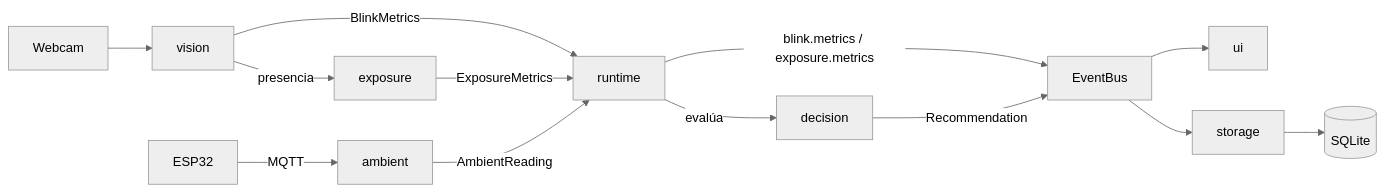
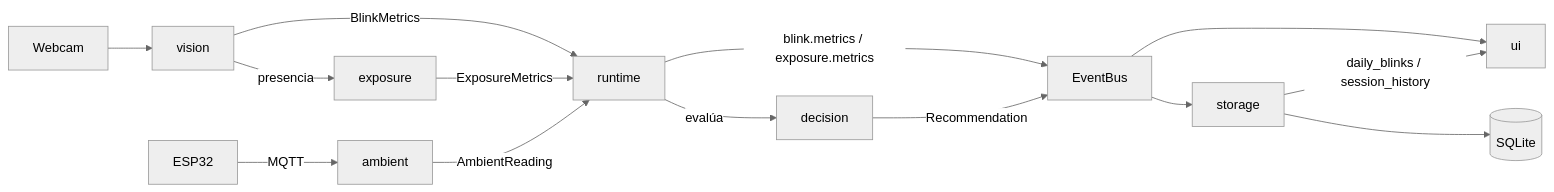
One commit to JeidyMurillo/Blinky changed the diagram in docs/architecture.md. Above: the diagram before and after it, drawn with Mermaid (neutral theme). The commit also changed other lines of this file and 1 other file, not shown here.

````diff
--- a/docs/architecture.md
+++ b/docs/architecture.md
@@ -5,15 +5,16 @@
 ```mermaid
 flowchart LR
     CAM[Webcam] --> VIS[vision]
     VIS -->|BlinkMetrics| RT[runtime]
     VIS -->|presencia| EXP[exposure]
     EXP -->|ExposureMetrics| RT
     ESP[ESP32] -->|MQTT| AMB[ambient]
     AMB -->|AmbientReading| RT
     RT -->|"blink.metrics / exposure.metrics"| BUS[EventBus]
     RT -->|evalúa| DEC[decision]
     DEC -->|Recommendation| BUS
     BUS --> UI[ui]
     BUS --> ST[storage]
     ST --> DB[(SQLite)]
+    ST -->|"daily_blinks / session_history"| UI
 ```
````
